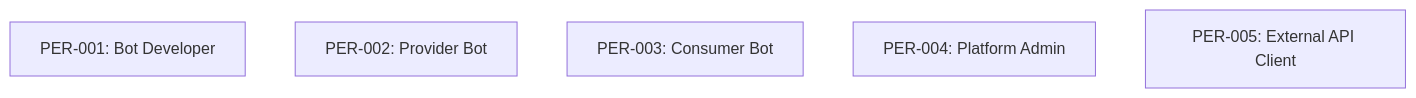
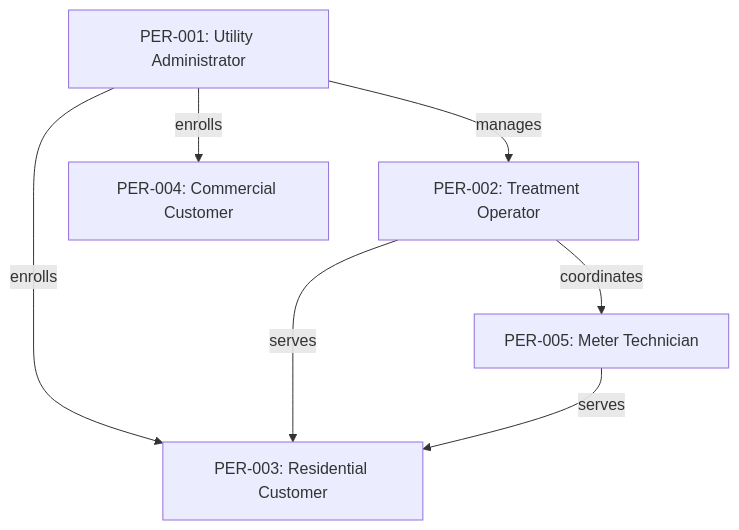
Before and after one commit to esimplicityinc/water-demo: the diagram in docs/personas/index.md, drawn with Mermaid. The commit also changed other lines of this file and 9 other files, not shown here.

First line of the commit message:
docs(personas): transform personas from bot developers to water utility users

````diff
--- a/docs/personas/index.md
+++ b/docs/personas/index.md
@@ -50,8 +50,15 @@
 ```mermaid
 graph TB
-    PER001[PER-001: Bot Developer]
-    PER002[PER-002: Provider Bot]
-    PER003[PER-003: Consumer Bot]
-    PER004[PER-004: Platform Admin]
-    PER005[PER-005: External API Client]
+    PER001[PER-001: Utility Administrator]
+    PER002[PER-002: Treatment Operator]
+    PER003[PER-003: Residential Customer]
+    PER004[PER-004: Commercial Customer]
+    PER005[PER-005: Meter Technician]
+    
+    PER001 -->|manages| PER002
+    PER001 -->|enrolls| PER003
+    PER001 -->|enrolls| PER004
+    PER002 -->|serves| PER003
+    PER002 -->|coordinates| PER005
+    PER005 -->|serves| PER003
 ```
````
